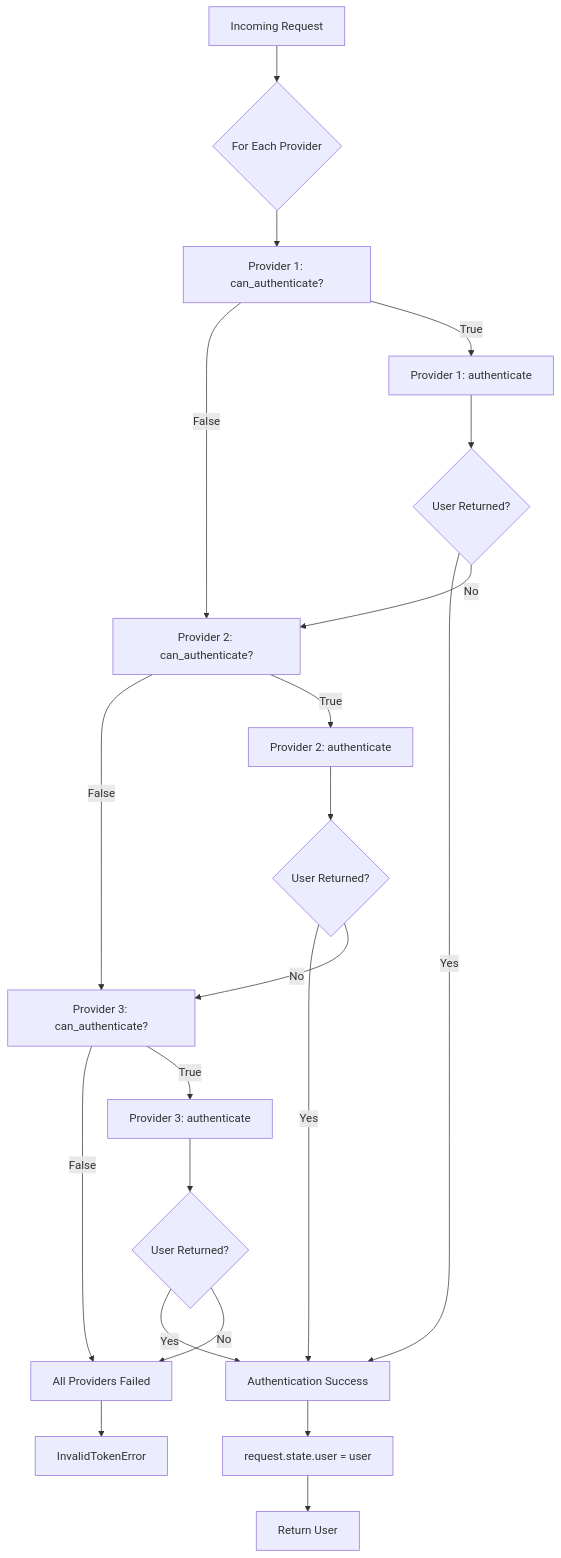
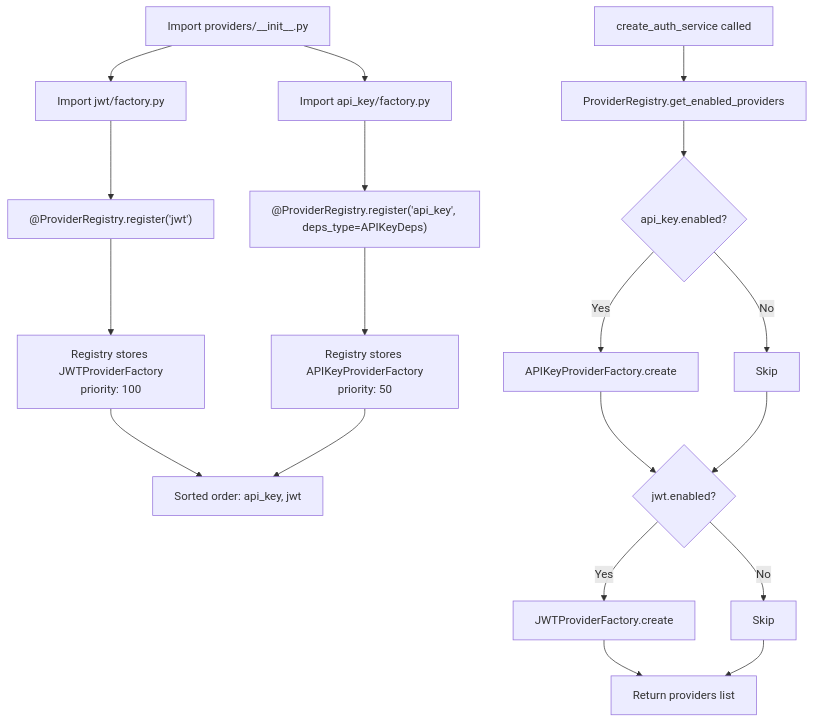
One commit to brokdar/fastapi-template changed the sixth of 6 diagrams in backend/app/core/auth/README.md. Above: the diagram before and after it, drawn with Mermaid. The commit also changed other lines of this file and 9 other files, not shown here.

First line of the commit message:
Add typed provider factory dependencies (#8)

````diff
--- a/backend/app/core/auth/README.md
+++ b/backend/app/core/auth/README.md
@@ -292,29 +347,22 @@
 ```mermaid
-graph TD
-    Request[Incoming Request] --> Loop{For Each Provider}
+flowchart TD
+    A[Import providers/__init__.py] --> B[Import jwt/factory.py]
+    A --> C[Import api_key/factory.py]
+    B --> D["@ProviderRegistry.register('jwt')"]
+    C --> E["@ProviderRegistry.register('api_key', deps_type=APIKeyDeps)"]
+    D --> F[Registry stores JWTProviderFactory<br/>priority: 100]
+    E --> G[Registry stores APIKeyProviderFactory<br/>priority: 50]
+    F --> H[Sorted order: api_key, jwt]
+    G --> H
 
-    Loop --> Provider1[Provider 1: can_authenticate?]
-    Provider1 -->|False| Provider2[Provider 2: can_authenticate?]
-    Provider1 -->|True| Auth1[Provider 1: authenticate]
-
-    Provider2 -->|False| Provider3[Provider 3: can_authenticate?]
-    Provider2 -->|True| Auth2[Provider 2: authenticate]
-
-    Provider3 -->|False| Failed[All Providers Failed]
-    Provider3 -->|True| Auth3[Provider 3: authenticate]
-
-    Auth1 --> Check1{User Returned?}
-    Auth2 --> Check2{User Returned?}
-    Auth3 --> Check3{User Returned?}
-
-    Check1 -->|Yes| Success[Authentication Success]
-    Check1 -->|No| Provider2
-    Check2 -->|Yes| Success
-    Check2 -->|No| Provider3
-    Check3 -->|Yes| Success
-    Check3 -->|No| Failed
-
-    Failed --> Error[InvalidTokenError]
-    Success --> SetState[request.state.user = user]
-    SetState --> Return[Return User]
+    I[create_auth_service called] --> J[ProviderRegistry.get_enabled_providers]
+    J --> K{api_key.enabled?}
+    K -->|Yes| L[APIKeyProviderFactory.create]
+    K -->|No| M[Skip]
+    L --> N{jwt.enabled?}
+    M --> N
+    N -->|Yes| O[JWTProviderFactory.create]
+    N -->|No| P[Skip]
+    O --> Q[Return providers list]
+    P --> Q
 ```
````
